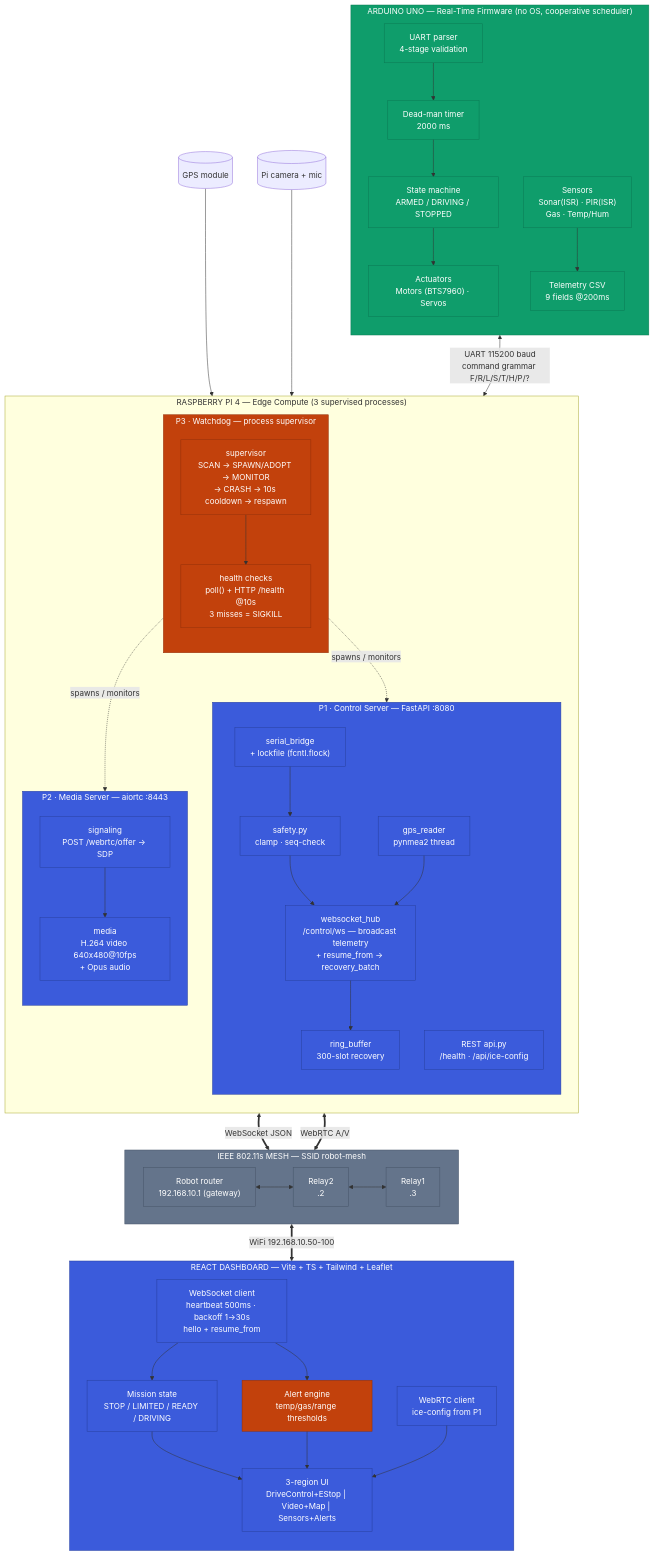
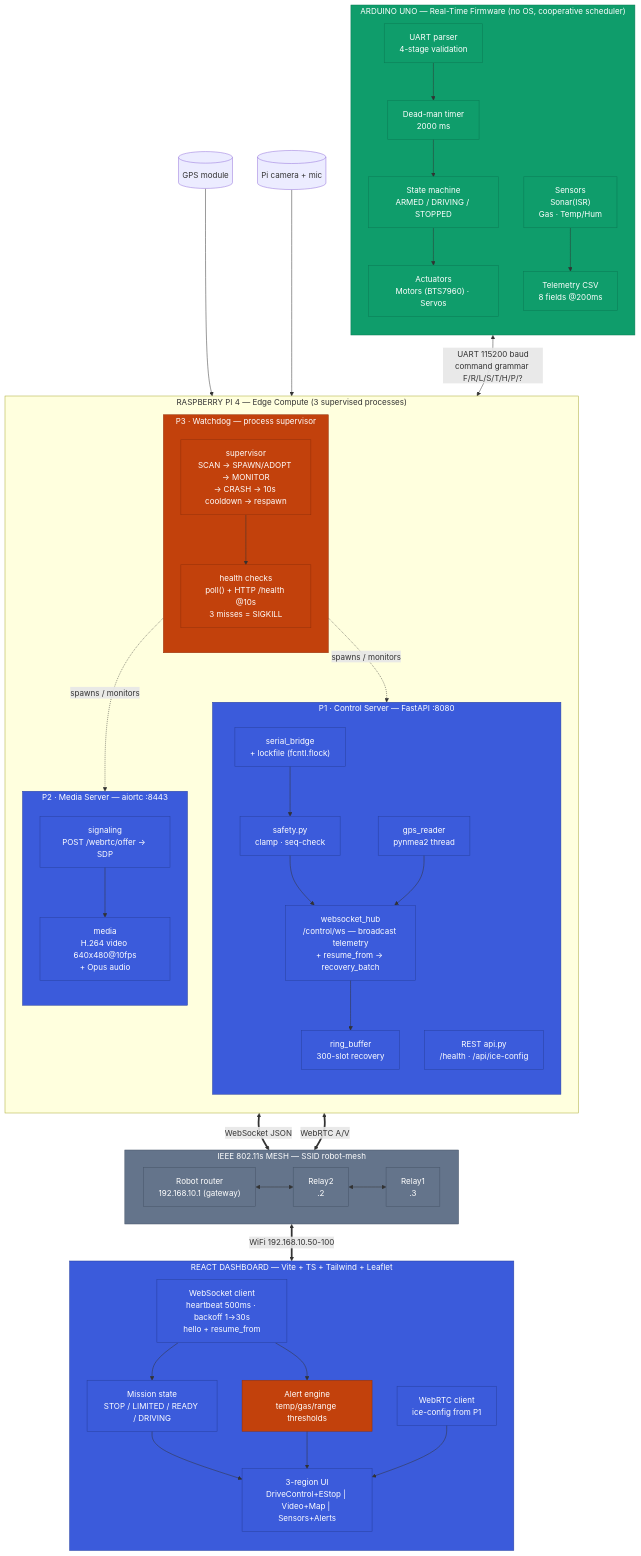
The diagram in docs/high level software architure diagram.md (baiust999/robort-code-from-pi), drawn with Mermaid before and after one commit. The commit also changed 19 other files, not shown here.

```diff
--- a/docs/high level software architure diagram.md
+++ b/docs/high level software architure diagram.md
@@ -10,9 +10,9 @@
         A_UART["UART parser\n4-stage validation"]
         A_DM["Dead-man timer\n2000 ms"]
         A_SM["State machine\nARMED / DRIVING / STOPPED"]
-        A_SENS["Sensors\nSonar(ISR) · PIR(ISR)\nGas · Temp/Hum"]
+        A_SENS["Sensors\nSonar(ISR)\nGas · Temp/Hum"]
         A_ACT["Actuators\nMotors (BTS7960) · Servos"]
-        A_TX["Telemetry CSV\n9 fields @200ms"]
+        A_TX["Telemetry CSV\n8 fields @200ms"]
         A_UART --> A_DM --> A_SM --> A_ACT
         A_SENS --> A_TX
     end
```
